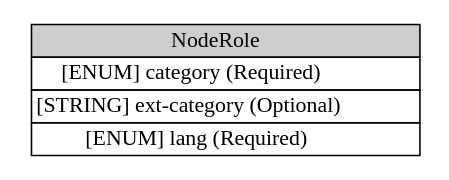
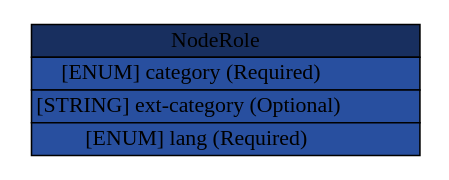
The diagram in iodef/graph/NodeRole.dot (Moutix/idmef_parser), drawn with Graphviz before and after one commit. The commit also changed 271 other files, not shown here.

Commit message:
Add color in IODEF diagram

```diff
--- a/iodef/graph/NodeRole.dot
+++ b/iodef/graph/NodeRole.dot
@@ -1,6 +1,6 @@
 digraph NodeRole {
 	graph [rankdir=LR];
 	node [label="\N"];
 	graph [bb="0,0,258,88"];
-	NodeRole [label=<<table BORDER="0" CELLBORDER="1" CELLSPACING="0"> <tr > <td BGCOLOR="#CECECE" HREF="#" TITLE="The NodeRole class describes the intended function performed by a particular host. ">NodeRole</td> </tr>" %<tr><td HREF="#" TITLE="Functionality provided by a node.">[ENUM] category (Required) </td></tr>%<tr><td HREF="#" TITLE="A means by which to extend the category attribute.  See Section 5.1.">[STRING] ext-category (Optional) </td></tr>%<tr><td HREF="#" TITLE="A valid language code per RFC 4646 [7] constrained by the definition of &quot;xs:language&quot;.  The interpretation of this code is described in Section 6.">[ENUM] lang (Required) </td></tr>%</table>>, shape=plaintext, pos="129,44", width="3.5833", height="1.2361"];
+	NodeRole [label=<<table BORDER="0" CELLBORDER="1" CELLSPACING="0"> <tr > <td BGCOLOR="#182f5f" HREF="#" TITLE="The NodeRole class describes the intended function performed by a particular host. ">NodeRole</td> </tr>" %<tr><td BGCOLOR="#284f9f" HREF="#" TITLE="Functionality provided by a node.">[ENUM] category (Required) </td></tr>%<tr><td BGCOLOR="#284f9f" HREF="#" TITLE="A means by which to extend the category attribute.  See Section 5.1.">[STRING] ext-category (Optional) </td></tr>%<tr><td BGCOLOR="#284f9f" HREF="#" TITLE="A valid language code per RFC 4646 [7] constrained by the definition of &quot;xs:language&quot;.  The interpretation of this code is described in Section 6.">[ENUM] lang (Required) </td></tr>%</table>>, shape=plaintext, pos="129,44", width="3.5833", height="1.2361"];
 }
```
